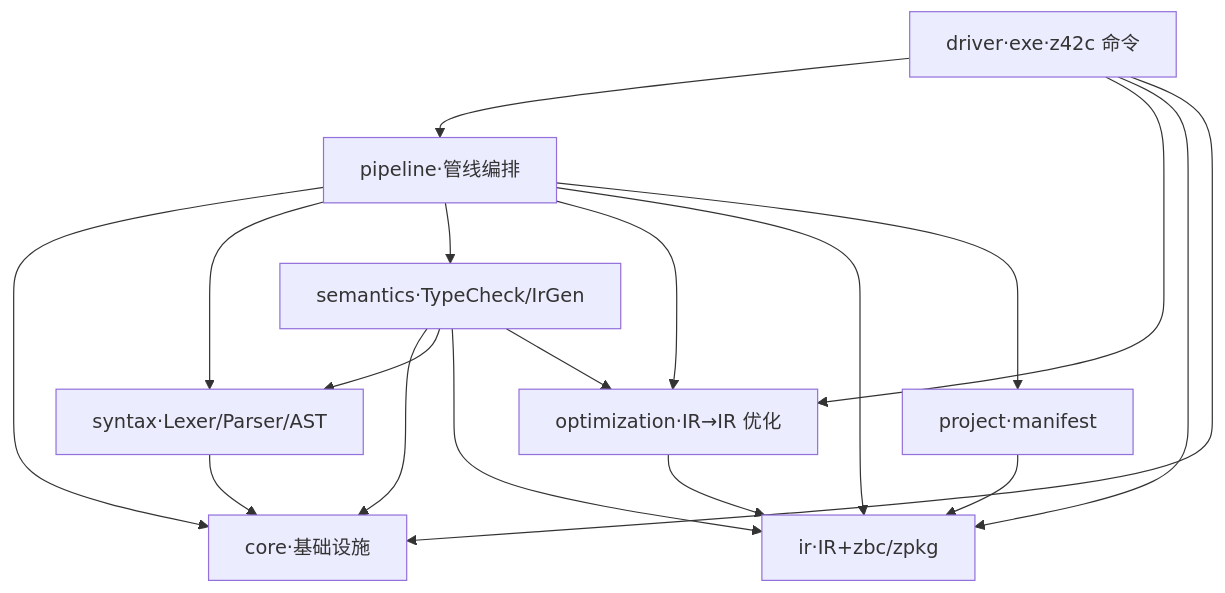
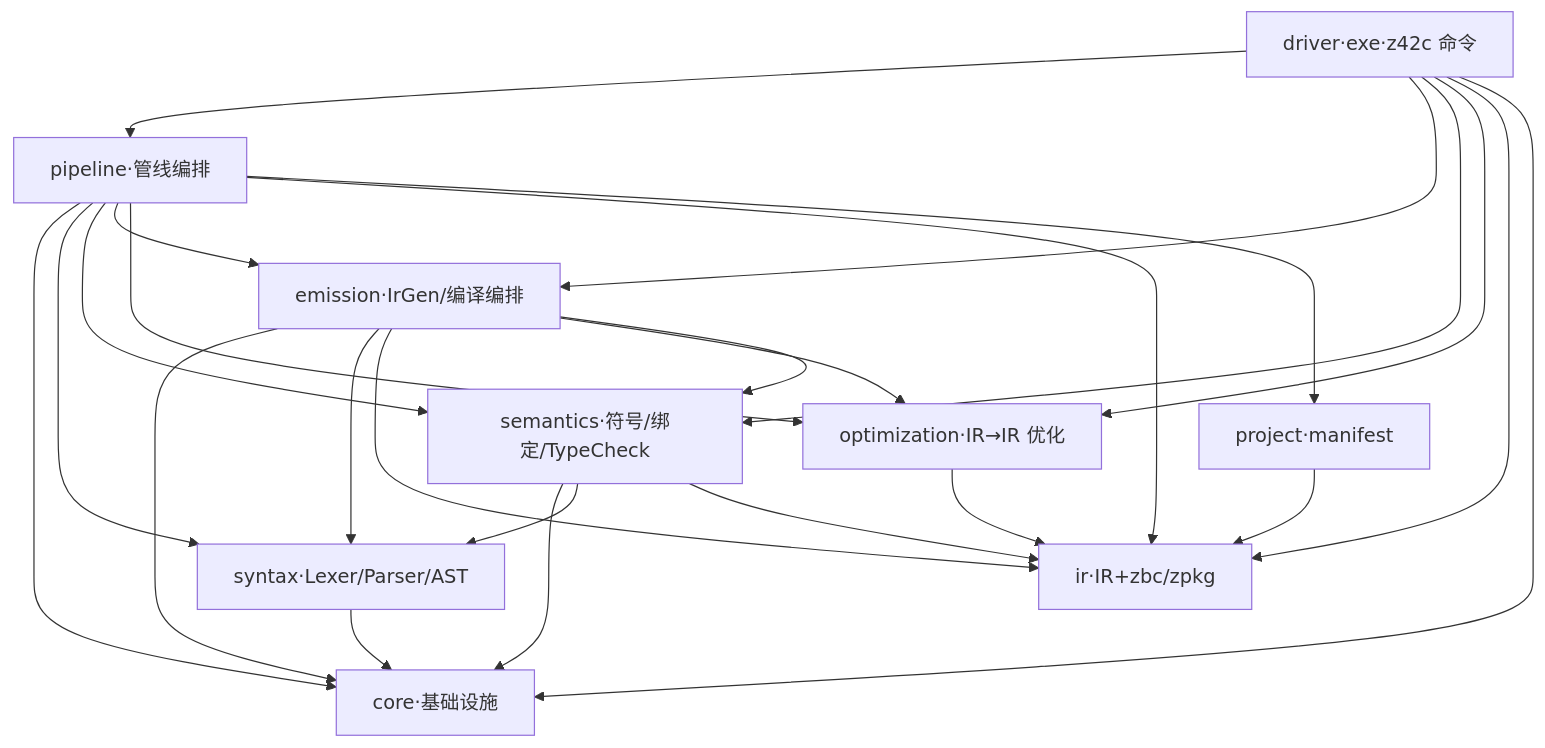
Before and after one commit to z42-lang/z42: the second of 3 diagrams in docs/internals/src/compiler/architecture.md, drawn with Mermaid. The commit also changed other lines of this file and 157 other files, not shown here.

````diff
--- a/docs/internals/src/compiler/architecture.md
+++ b/docs/internals/src/compiler/architecture.md
@@ -23,11 +23,12 @@
 ```mermaid
 graph TD
     core[core·基础设施]
     ir[ir·IR+zbc/zpkg]
     syntax[syntax·Lexer/Parser/AST] --> core
     project[project·manifest] --> ir
     optimization[optimization·IR→IR 优化] --> ir
-    semantics[semantics·TypeCheck/IrGen] --> core & syntax & ir & optimization
-    pipeline[pipeline·管线编排] --> core & syntax & semantics & optimization & ir & project
-    driver[driver·exe·z42c 命令] --> pipeline & optimization & ir & core
+    semantics[semantics·符号/绑定/TypeCheck] --> core & syntax & ir
+    emission[emission·IrGen/编译编排] --> core & syntax & ir & optimization & semantics
+    pipeline[pipeline·管线编排] --> core & syntax & semantics & emission & optimization & ir & project
+    driver[driver·exe·z42c 命令] --> pipeline & emission & semantics & optimization & ir & core
 ```
````
